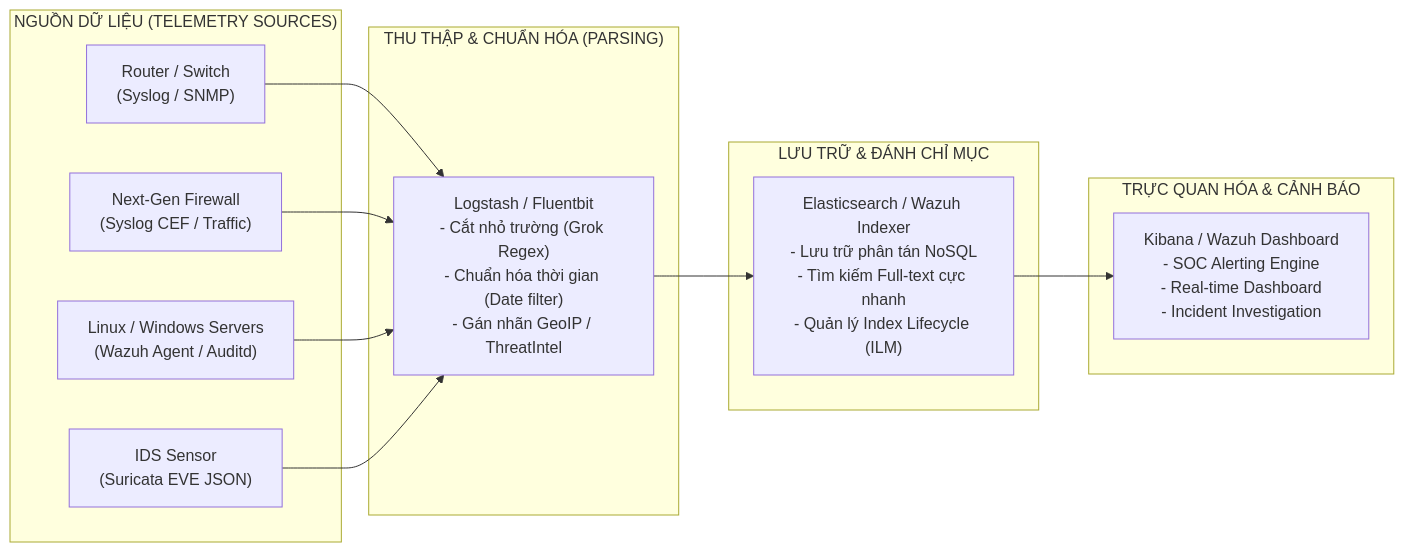
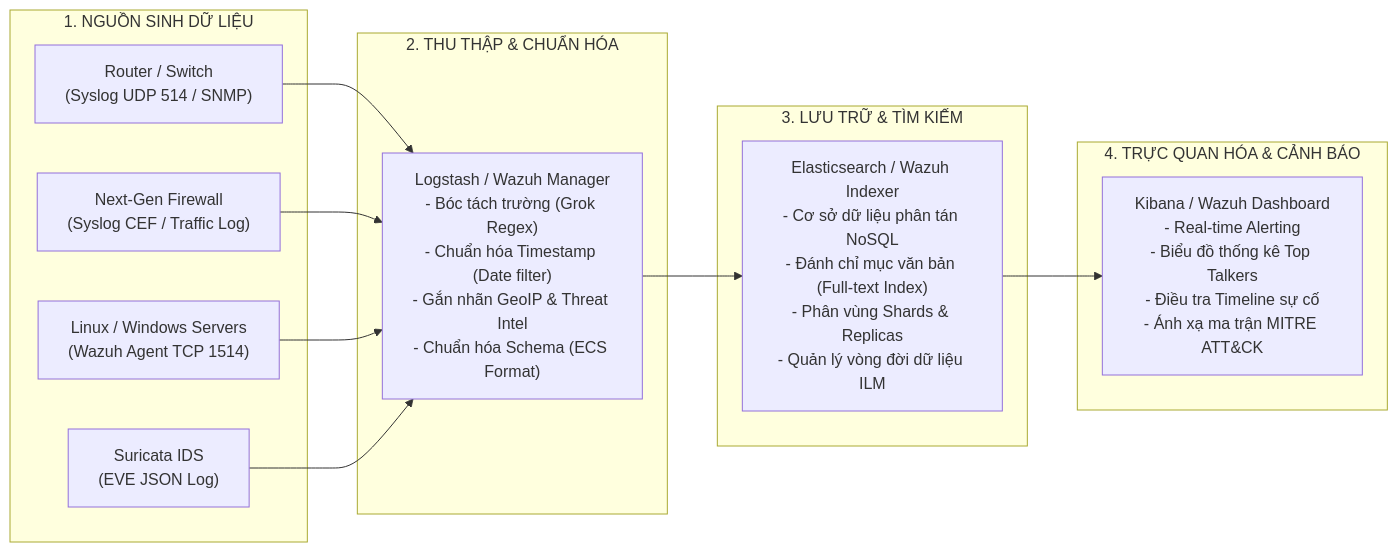
The second of 3 diagrams in 07_Monitoring_And_Logging.md (anhxuan2712/enterprise-network-security-monitoring), drawn with Mermaid before and after one commit. The commit also changed other lines of this file and 7 other files, not shown here.

````diff
--- a/07_Monitoring_And_Logging.md
+++ b/07_Monitoring_And_Logging.md
@@ -138,28 +227,25 @@
 ```mermaid
 flowchart LR
-    subgraph SOURCES ["NGUỒN DỮ LIỆU (TELEMETRY SOURCES)"]
-        S1["Router / Switch\n(Syslog / SNMP)"]
-        S2["Next-Gen Firewall\n(Syslog CEF / Traffic)"]
-        S3["Linux / Windows Servers\n(Wazuh Agent / Auditd)"]
-        S4["IDS Sensor\n(Suricata EVE JSON)"]
+    subgraph TELEMETRY_SOURCES ["1. NGUỒN SINH DỮ LIỆU"]
+        S1["Router / Switch\n(Syslog UDP 514 / SNMP)"]
+        S2["Next-Gen Firewall\n(Syslog CEF / Traffic Log)"]
+        S3["Linux / Windows Servers\n(Wazuh Agent TCP 1514)"]
+        S4["Suricata IDS\n(EVE JSON Log)"]
     end
 
-    subgraph INGESTION ["THU THẬP & CHUẨN HÓA (PARSING)"]
-        L1["Logstash / Fluentbit\n- Cắt nhỏ trường (Grok Regex)\n- Chuẩn hóa thời gian (Date filter)\n- Gán nhãn GeoIP / ThreatIntel"]
+    subgraph INGESTION_PARSER ["2. THU THẬP & CHUẨN HÓA"]
+        L1["Logstash / Wazuh Manager\n- Bóc tách trường (Grok Regex)\n- Chuẩn hóa Timestamp (Date filter)\n- Gắn nhãn GeoIP & Threat Intel\n- Chuẩn hóa Schema (ECS Format)"]
     end
 
-    subgraph STORAGE_ENGINE ["LƯU TRỮ & ĐÁNH CHỈ MỤC"]
-        ES["Elasticsearch / Wazuh Indexer\n- Lưu trữ phân tán NoSQL\n- Tìm kiếm Full-text cực nhanh\n- Quản lý Index Lifecycle (ILM)"]
+    subgraph INDEX_STORAGE ["3. LƯU TRỮ & TÌM KIẾM"]
+        ES["Elasticsearch / Wazuh Indexer\n- Cơ sở dữ liệu phân tán NoSQL\n- Đánh chỉ mục văn bản (Full-text Index)\n- Phân vùng Shards & Replicas\n- Quản lý vòng đời dữ liệu ILM"]
     end
 
-    subgraph SOC_UI ["TRỰC QUAN HÓA & CẢNH BÁO"]
-        KB["Kibana / Wazuh Dashboard\n- SOC Alerting Engine\n- Real-time Dashboard\n- Incident Investigation"]
+    subgraph SOC_DASHBOARD ["4. TRỰC QUAN HÓA & CẢNH BÁO"]
+        KB["Kibana / Wazuh Dashboard\n- Real-time Alerting\n- Biểu đồ thống kê Top Talkers\n- Điều tra Timeline sự cố\n- Ánh xạ ma trận MITRE ATT&CK"]
     end
 
-    S1 --> L1
-    S2 --> L1
-    S3 --> L1
-    S4 --> L1
+    S1 & S2 & S3 & S4 --> L1
     L1 --> ES
     ES --> KB
 ```
````
